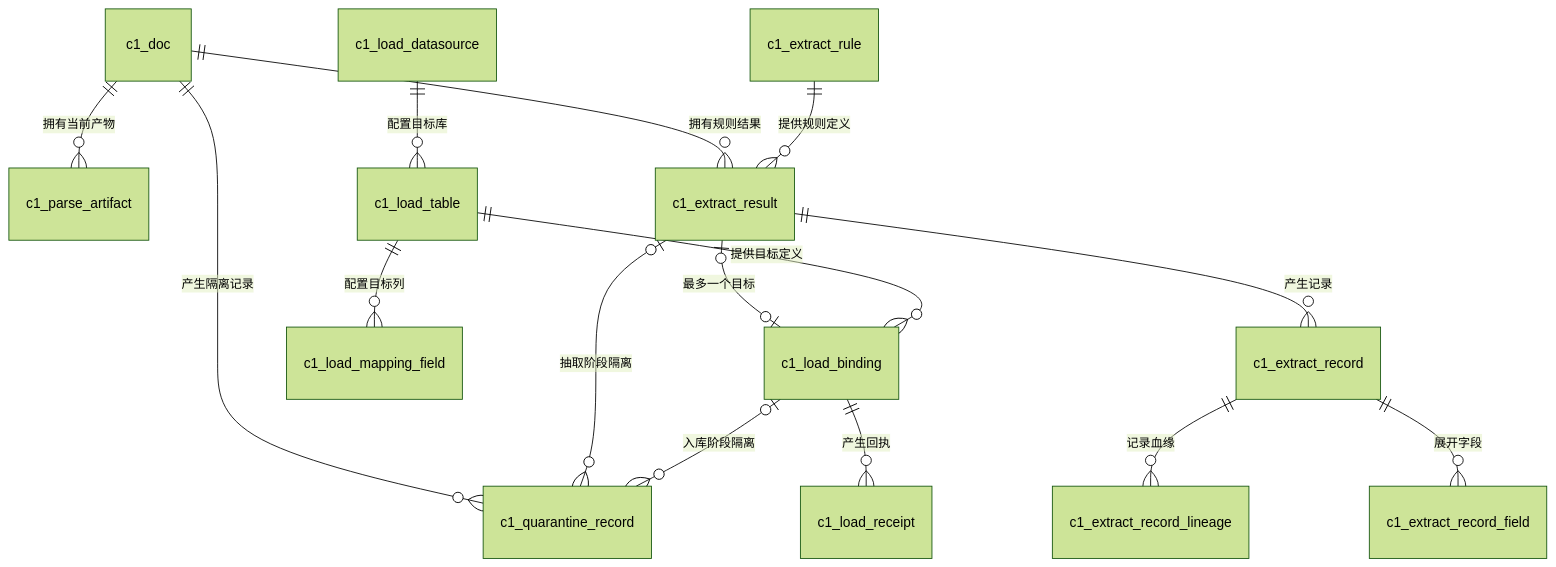
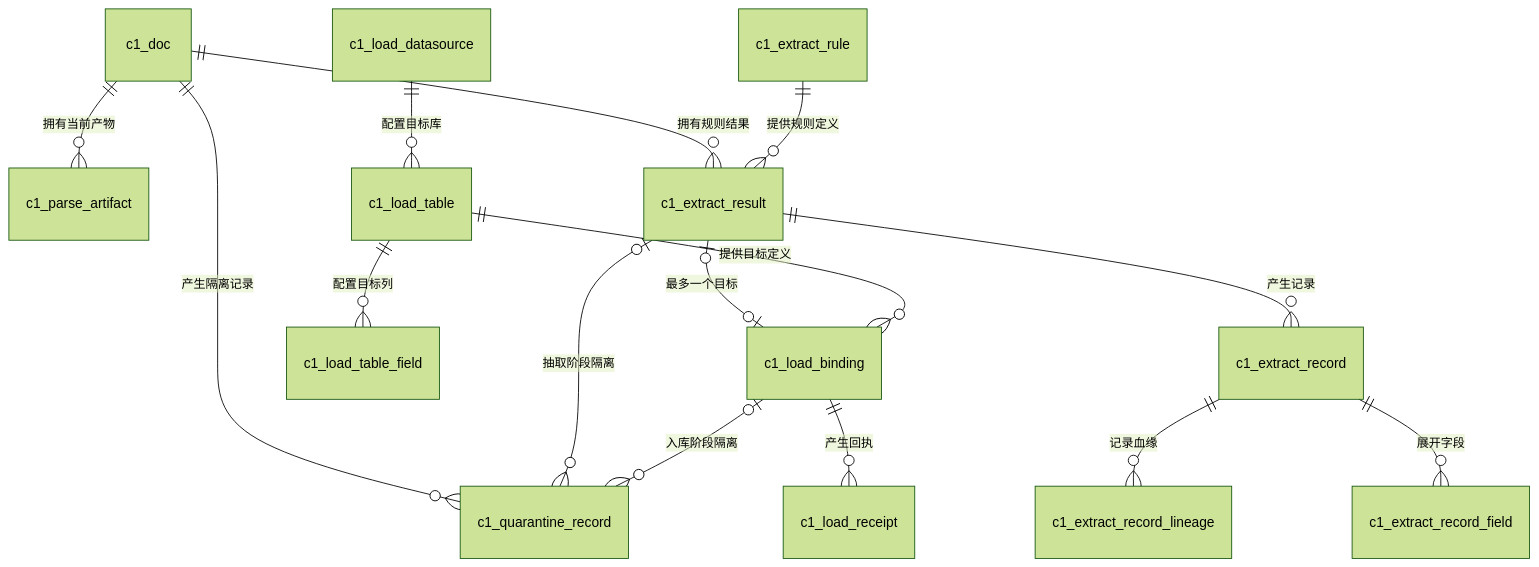
Before and after one commit to freeedoooooo/algs: the second of 8 diagrams in 20-CV/c1_structure/docs/design-decoupled-extraction-loading.md, drawn with Mermaid (forest theme). The commit also changed other lines of this file and 23 other files, not shown here.

````diff
--- a/20-CV/c1_structure/docs/design-decoupled-extraction-loading.md
+++ b/20-CV/c1_structure/docs/design-decoupled-extraction-loading.md
@@ -165,22 +165,22 @@
 ```mermaid
 erDiagram
     c1_doc ||--o{ c1_parse_artifact : "拥有当前产物"
 
     c1_doc ||--o{ c1_extract_result : "拥有规则结果"
     c1_extract_rule ||--o{ c1_extract_result : "提供规则定义"
 
     c1_extract_result ||--o{ c1_extract_record : "产生记录"
     c1_extract_record ||--o{ c1_extract_record_field : "展开字段"
     c1_extract_record ||--o{ c1_extract_record_lineage : "记录血缘"
 
     c1_load_datasource ||--o{ c1_load_table : "配置目标库"
-    c1_load_table ||--o{ c1_load_mapping_field : "配置目标列"
+    c1_load_table ||--o{ c1_load_table_field : "配置目标列"
 
     c1_extract_result o|--o| c1_load_binding : "最多一个目标"
     c1_load_table ||--o{ c1_load_binding : "提供目标定义"
     c1_load_binding ||--o{ c1_load_receipt : "产生回执"
 
     c1_doc ||--o{ c1_quarantine_record : "产生隔离记录"
     c1_extract_result o|--o{ c1_quarantine_record : "抽取阶段隔离"
     c1_load_binding o|--o{ c1_quarantine_record : "入库阶段隔离"
 ```
````
